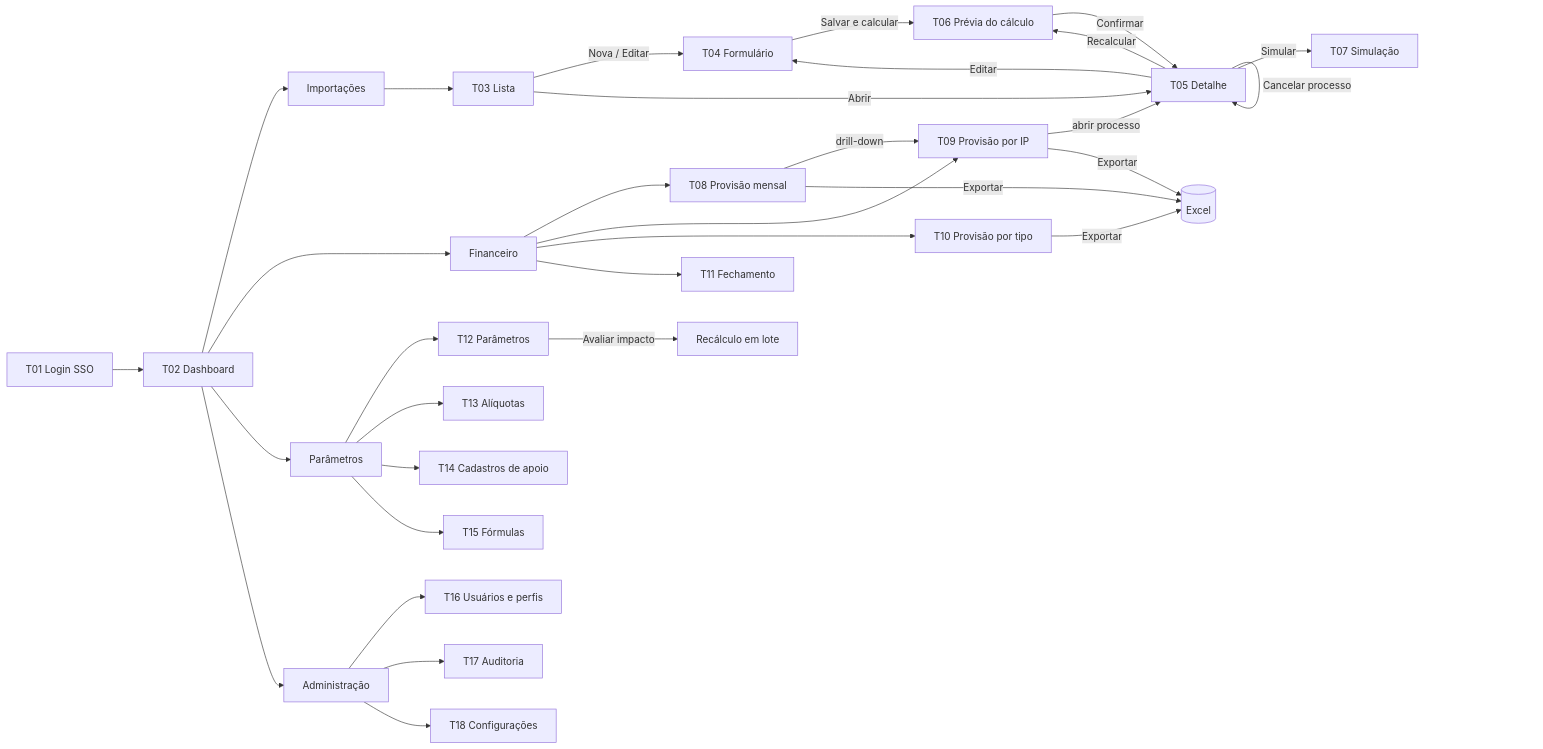
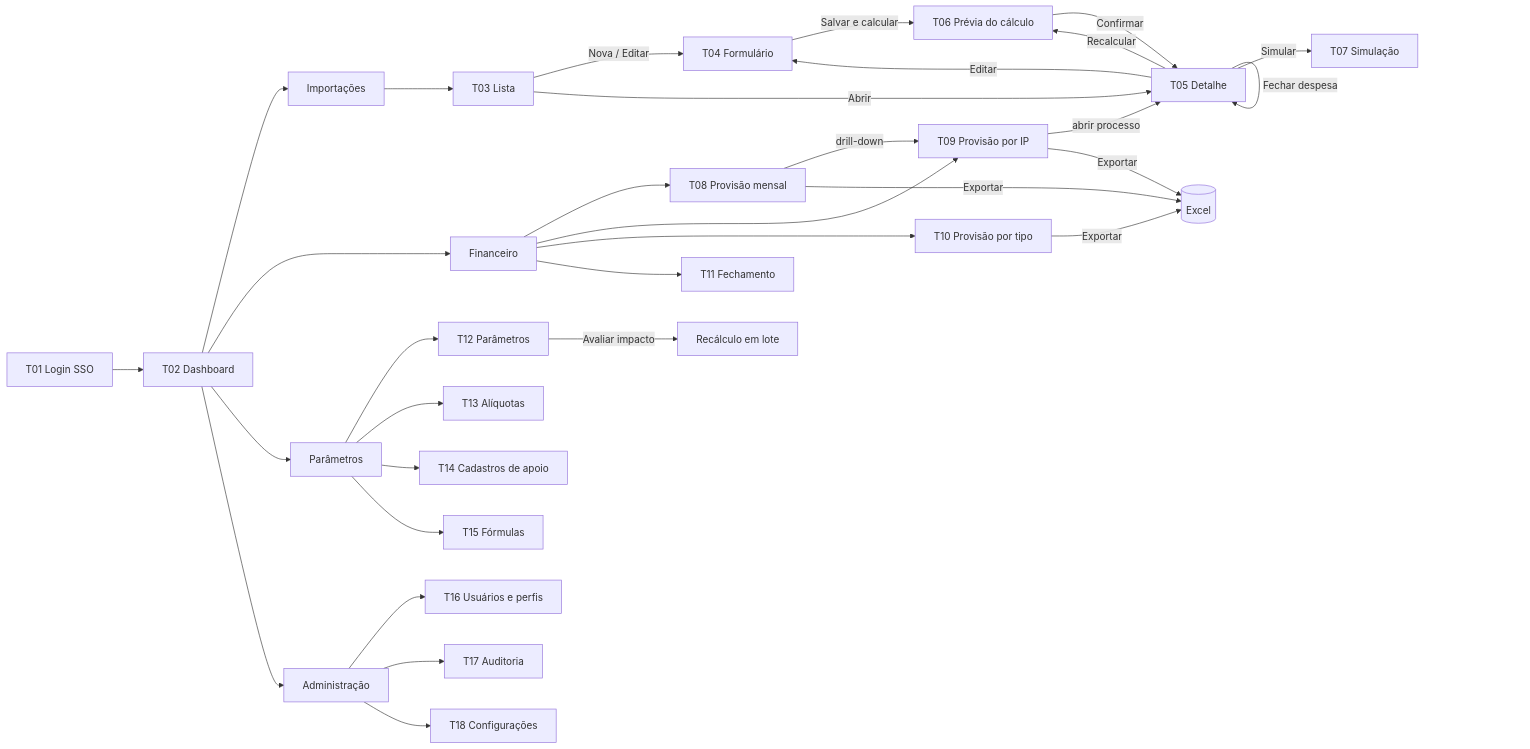
The diagram in docs/07-telas-e-navegacao.md (Wasion-it/forescatcost), drawn with Mermaid before and after one commit. The commit also changed other lines of this file and 13 other files, not shown here.

````diff
--- a/docs/07-telas-e-navegacao.md
+++ b/docs/07-telas-e-navegacao.md
@@ -30,37 +30,38 @@
 ```mermaid
 flowchart LR
     LOGIN[T01 Login SSO] --> DASH[T02 Dashboard]
 
     DASH --> IMP[Importações]
     DASH --> FIN[Financeiro]
     DASH --> PAR[Parâmetros]
     DASH --> ADM[Administração]
 
     IMP --> T03[T03 Lista]
     T03 -->|Nova / Editar| T04[T04 Formulário]
     T03 -->|Abrir| T05[T05 Detalhe]
     T04 -->|Salvar e calcular| T06[T06 Prévia do cálculo]
     T06 -->|Confirmar| T05
     T05 -->|Recalcular| T06
     T05 -->|Simular| T07[T07 Simulação]
     T05 -->|Editar| T04
     T05 -->|Cancelar processo| T05
+    T05 -->|Fechar despesa| T05
 
     FIN --> T08[T08 Provisão mensal]
     FIN --> T09[T09 Provisão por IP]
     FIN --> T10[T10 Provisão por tipo]
     FIN --> T11[T11 Fechamento]
     T08 -->|drill-down| T09
     T09 -->|abrir processo| T05
     T08 & T09 & T10 -->|Exportar| XLS[(Excel)]
 
     PAR --> T12[T12 Parâmetros]
     PAR --> T13[T13 Alíquotas]
     PAR --> T14[T14 Cadastros de apoio]
     PAR --> T15[T15 Fórmulas]
     T12 -->|Avaliar impacto| LOTE[Recálculo em lote]
 
     ADM --> T16[T16 Usuários e perfis]
     ADM --> T17[T17 Auditoria]
     ADM --> T18[T18 Configurações]
 ```
````
